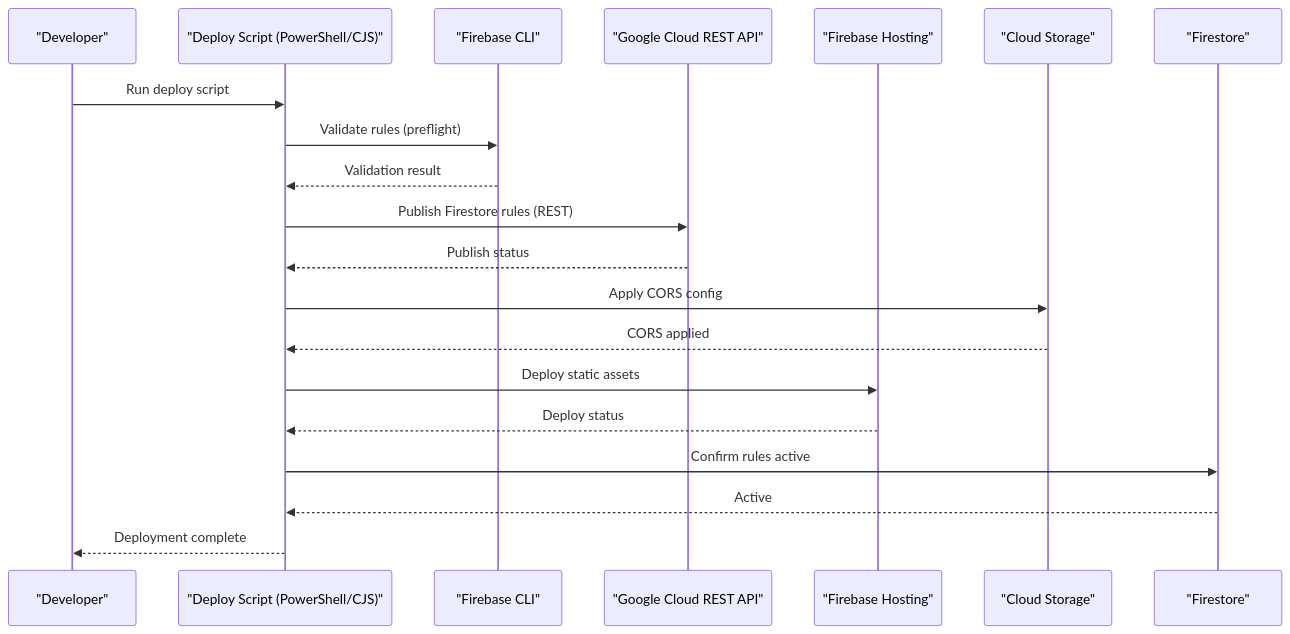
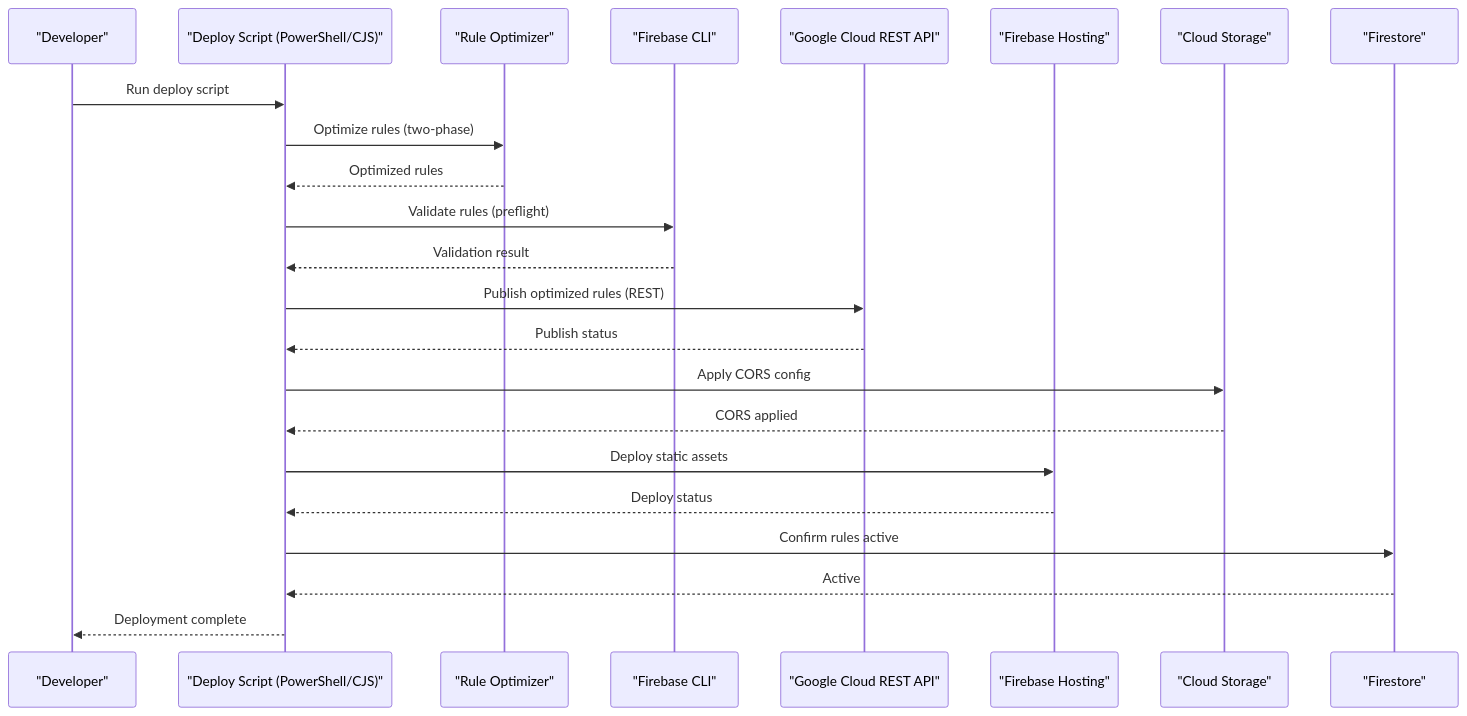
The second of 6 diagrams in .qoder/repowiki/en/content/Deployment & DevOps/Release Management & Publishing/Firebase Deployment & Rules.md (raihom-netizen/com.gestaoyahwehios.app), drawn with Mermaid before and after one commit. The commit also changed other lines of this file and 504 other files, not shown here.

````diff
--- a/.qoder/repowiki/en/content/Deployment & DevOps/Release Management & Publishing/Firebase Deployment & Rules.md
+++ b/.qoder/repowiki/en/content/Deployment & DevOps/Release Management & Publishing/Firebase Deployment & Rules.md
@@ -197,22 +197,25 @@
 ```mermaid
 sequenceDiagram
 participant Dev as "Developer"
 participant Script as "Deploy Script (PowerShell/CJS)"
+participant Optimizer as "Rule Optimizer"
 participant FirebaseCLI as "Firebase CLI"
 participant GCPAPI as "Google Cloud REST API"
 participant Hosting as "Firebase Hosting"
 participant Storage as "Cloud Storage"
 participant Firestore as "Firestore"
 Dev->>Script : Run deploy script
+Script->>Optimizer : Optimize rules (two-phase)
+Optimizer-->>Script : Optimized rules
 Script->>FirebaseCLI : Validate rules (preflight)
 FirebaseCLI-->>Script : Validation result
-Script->>GCPAPI : Publish Firestore rules (REST)
+Script->>GCPAPI : Publish optimized rules (REST)
 GCPAPI-->>Script : Publish status
 Script->>Storage : Apply CORS config
 Storage-->>Script : CORS applied
 Script->>Hosting : Deploy static assets
 Hosting-->>Script : Deploy status
 Script->>Firestore : Confirm rules active
 Firestore-->>Script : Active
 Script-->>Dev : Deployment complete
 ```
````
